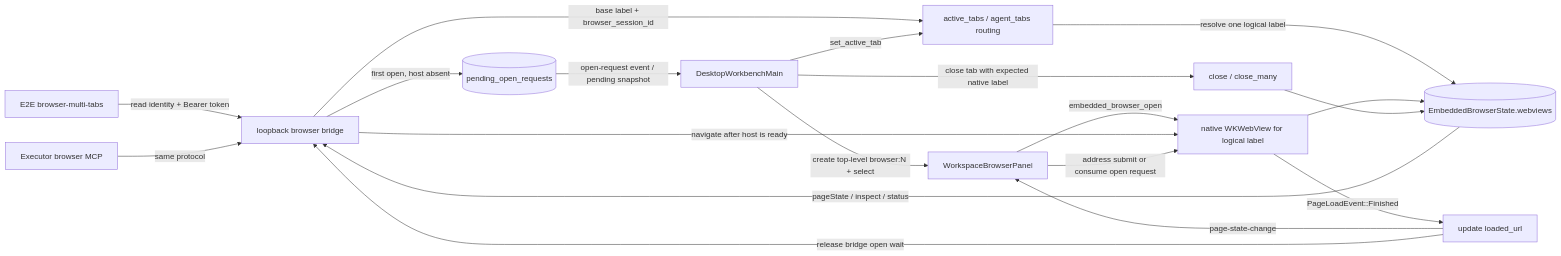
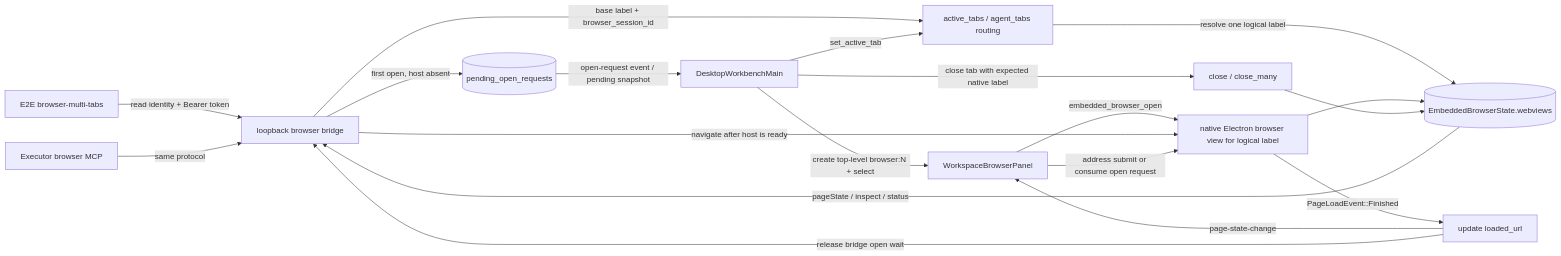
The first of 2 diagrams in docs/wework/developer-guide/wework-embedded-browser.md (wecode-ai/wegent-docs), drawn with Mermaid before and after one commit. The commit also changed other lines of this file and 49 other files, not shown here.

````diff
--- a/docs/wework/developer-guide/wework-embedded-browser.md
+++ b/docs/wework/developer-guide/wework-embedded-browser.md
@@ -27,24 +27,24 @@
 ```mermaid
 flowchart LR
     E2E[E2E browser-multi-tabs] -->|read identity + Bearer token| BRIDGE[loopback browser bridge]
     MCP[Executor browser MCP] -->|same protocol| BRIDGE
     BRIDGE -->|base label + browser_session_id| ROUTE[active_tabs / agent_tabs routing]
     ROUTE -->|resolve one logical label| ENTRY[(EmbeddedBrowserState.webviews)]
 
     BRIDGE -->|first open, host absent| PENDING[(pending_open_requests)]
     PENDING -->|open-request event / pending snapshot| MAIN[DesktopWorkbenchMain]
     MAIN -->|create top-level browser:N + select| PANEL[WorkspaceBrowserPanel]
-    PANEL -->|embedded_browser_open| NATIVE[native WKWebView for logical label]
+    PANEL -->|embedded_browser_open| NATIVE[native Electron browser view for logical label]
     NATIVE --> ENTRY
 
     BRIDGE -->|navigate after host is ready| NATIVE
     PANEL -->|address submit or consume open request| NATIVE
     NATIVE -->|PageLoadEvent::Finished| LOAD[update loaded_url]
     LOAD -->|page-state-change| PANEL
     LOAD -->|release bridge open wait| BRIDGE
 
     MAIN -->|set_active_tab| ROUTE
     MAIN -->|close tab with expected native label| CLOSE[close / close_many]
     CLOSE --> ENTRY
     ENTRY -->|pageState / inspect / status| BRIDGE
 ```
````
